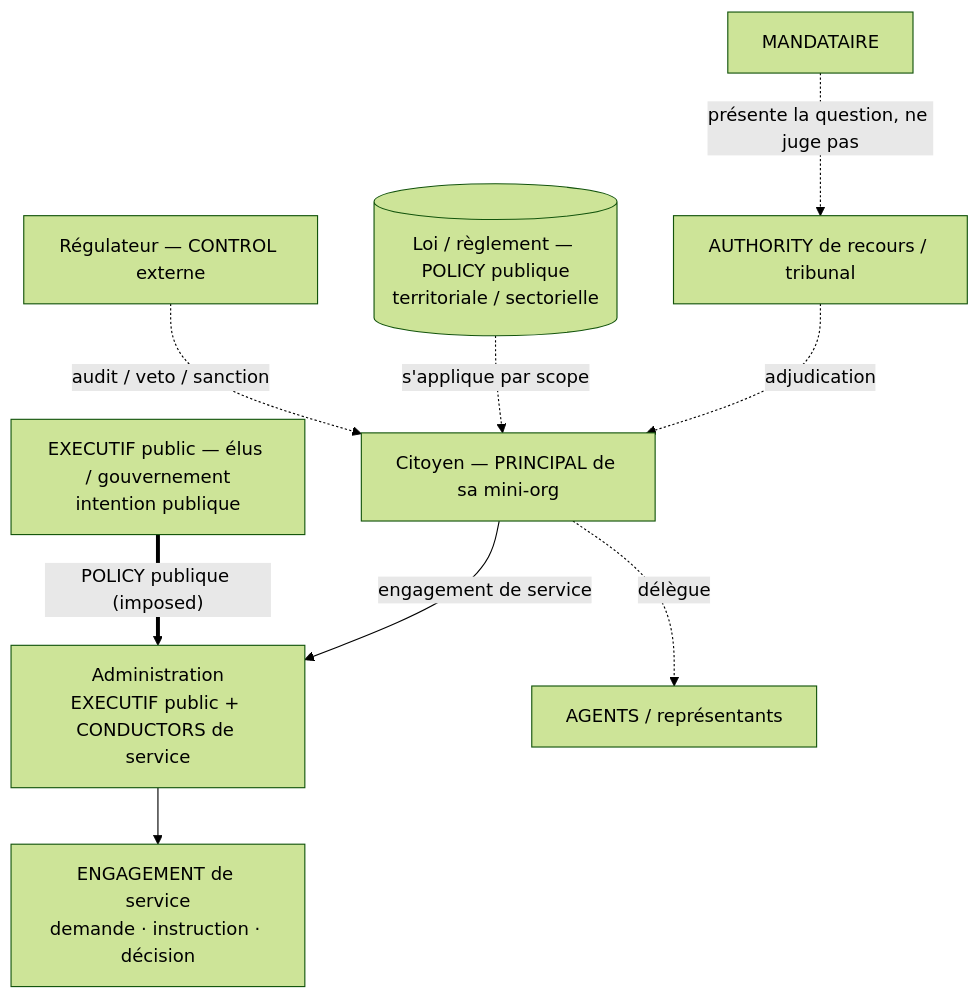
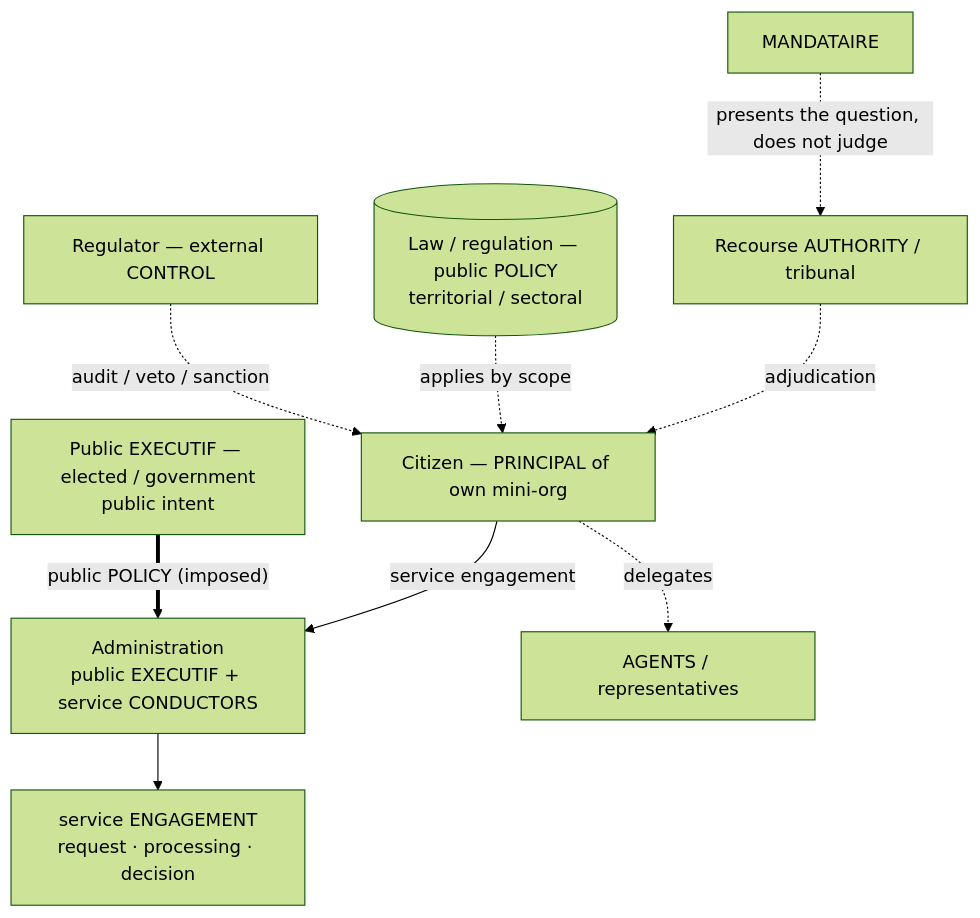
The diagram in evaluations/c-government-citizen.md (rhanka/h2a), drawn with Mermaid (forest theme) before and after one commit. The commit also changed other lines of this file and 8 other files, not shown here.

````diff
--- a/evaluations/c-government-citizen.md
+++ b/evaluations/c-government-citizen.md
@@ -9,12 +9,12 @@
 ```mermaid
 flowchart TD
-  GOV[EXECUTIF public — élus / gouvernement<br/>intention publique]
-  GOV == POLICY publique (imposed) ==> ADM[Administration<br/>EXECUTIF public + CONDUCTORS de service]
-  ADM --> SVC[ENGAGEMENT de service<br/>demande · instruction · décision]
-  CIT[Citoyen — PRINCIPAL de sa mini-org] -- engagement de service --> ADM
-  CIT -. délègue .-> REP[AGENTS / représentants]
-  REG[Régulateur — CONTROL externe] -. audit / veto / sanction .-> CIT
-  LAW[(Loi / règlement — POLICY publique<br/>territoriale / sectorielle)] -. s'applique par scope .-> CIT
-  REC[AUTHORITY de recours / tribunal] -. adjudication .-> CIT
-  MAND[MANDATAIRE] -. présente la question, ne juge pas .-> REC
+  GOV[Public EXECUTIF — elected / government<br/>public intent]
+  GOV == public POLICY (imposed) ==> ADM[Administration<br/>public EXECUTIF + service CONDUCTORS]
+  ADM --> SVC[service ENGAGEMENT<br/>request · processing · decision]
+  CIT[Citizen — PRINCIPAL of own mini-org] -- service engagement --> ADM
+  CIT -. delegates .-> REP[AGENTS / representatives]
+  REG[Regulator — external CONTROL] -. audit / veto / sanction .-> CIT
+  LAW[(Law / regulation — public POLICY<br/>territorial / sectoral)] -. applies by scope .-> CIT
+  REC[Recourse AUTHORITY / tribunal] -. adjudication .-> CIT
+  MAND[MANDATAIRE] -. presents the question, does not judge .-> REC
 ```
````
